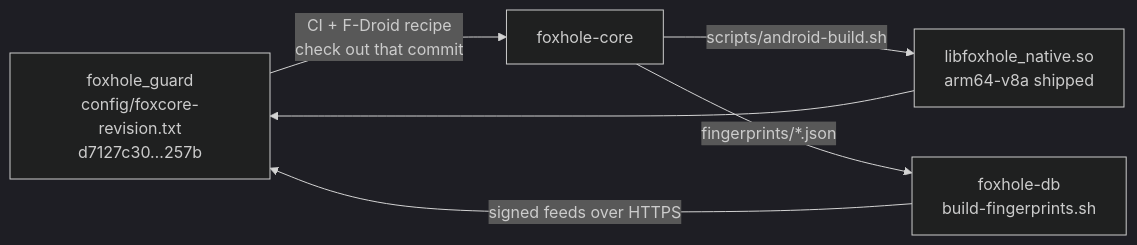
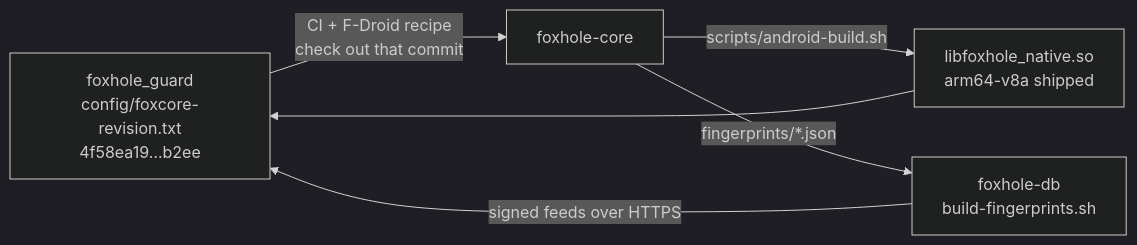
One commit to foxhole-team/foxhole-core changed the second of 2 diagrams in docs/architecture/README.md. Above: the diagram before and after it, drawn with Mermaid (dark theme). The commit also changed other lines of this file and 244 other files, not shown here.

````diff
--- a/docs/architecture/README.md
+++ b/docs/architecture/README.md
@@ -56,8 +56,8 @@
 ```mermaid
 flowchart LR
-    A["foxhole_guard<br/>config/foxcore-revision.txt<br/>d7127c30…257b"] -->|"CI + F-Droid recipe<br/>check out that commit"| B["foxhole-core"]
+    A["foxhole_guard<br/>config/foxcore-revision.txt<br/>4f58ea19…b2ee"] -->|"CI + F-Droid recipe<br/>check out that commit"| B["foxhole-core"]
     B -->|"scripts/android-build.sh"| C["libfoxhole_native.so<br/>arm64-v8a shipped"]
     C --> A
     B -->|"fingerprints/*.json"| D["foxhole-db<br/>build-fingerprints.sh"]
     D -->|"signed feeds over HTTPS"| A
 ```
````
